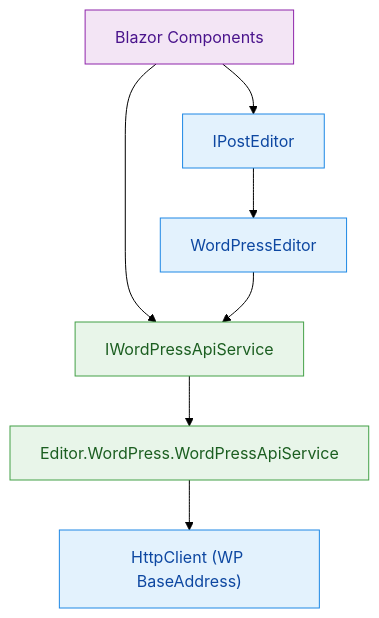
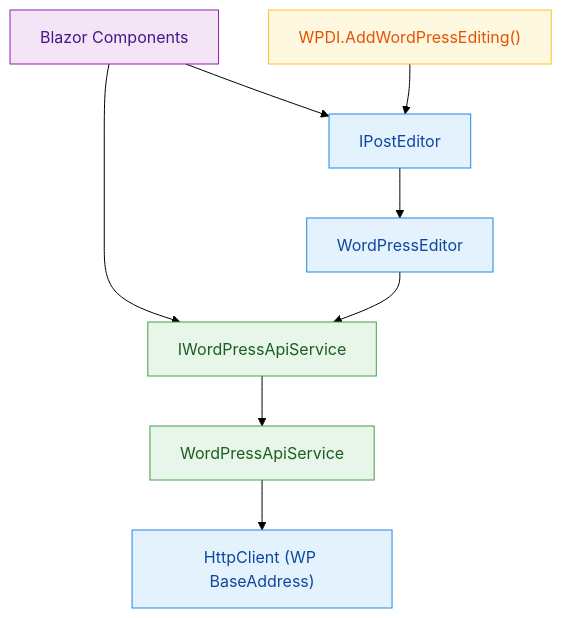
Before and after one commit to tng-coop/wp-yasuaki: the first of 2 diagrams in e2e/blazor_wp_di_hierarchy_mermaid.md, drawn with Mermaid (forest theme). The commit also changed other lines of this file and 9 other files, not shown here.

````diff
--- a/e2e/blazor_wp_di_hierarchy_mermaid.md
+++ b/e2e/blazor_wp_di_hierarchy_mermaid.md
@@ -8,31 +8,36 @@
 ```mermaid
 graph TD
   %% Styles
   classDef scoped fill:#e3f2fd,stroke:#1e88e5,color:#0d47a1;
   classDef singleton fill:#e8f5e9,stroke:#43a047,color:#1b5e20;
   classDef component fill:#f3e5f5,stroke:#8e24aa,color:#4a148c;
+  classDef di fill:#fff8e1,stroke:#fbc02d,color:#e65100;
 
   C["Blazor Components"]:::component
 
   HCWP["HttpClient (WP BaseAddress)"]:::scoped
 
   IApi["IWordPressApiService"]:::singleton
-  %% unified implementation from WPDI
-  Api["Editor.WordPress.WordPressApiService"]:::singleton
+  Api["WordPressApiService"]:::singleton
 
   IEditor["IPostEditor"]:::scoped
   Editor["WordPressEditor"]:::scoped
+
+  WPDI["WPDI.AddWordPressEditing()"]:::di
 
   %% Consumers
   C --> IApi
   C --> IEditor
 
   %% API chain
   IApi --> Api
   Api --> HCWP
 
   %% Editor depends on IWordPressApiService
   IEditor --> Editor
   Editor --> IApi
 
+  %% Registration
+  WPDI --> IEditor
+
 ```
````
